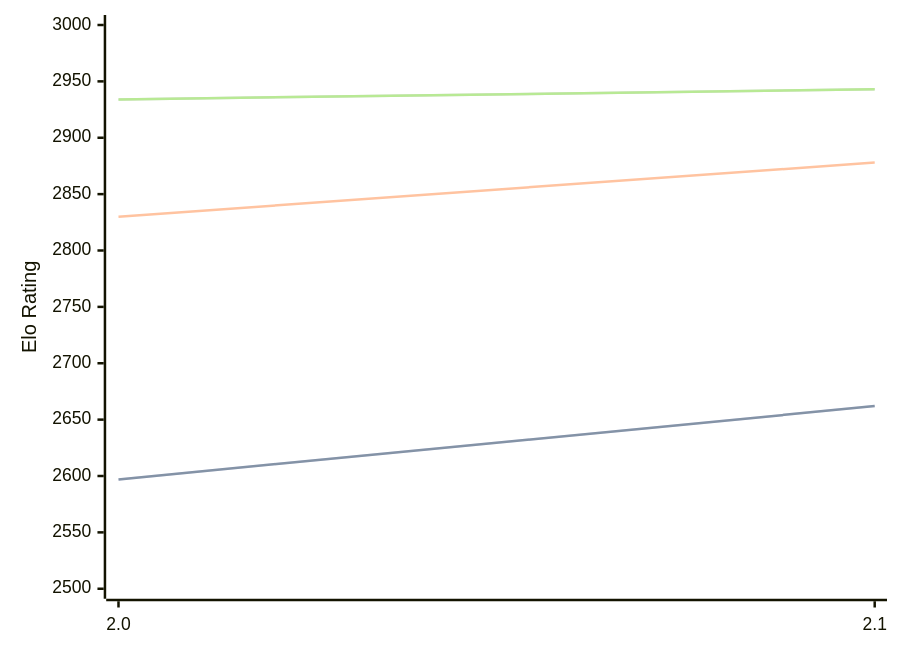
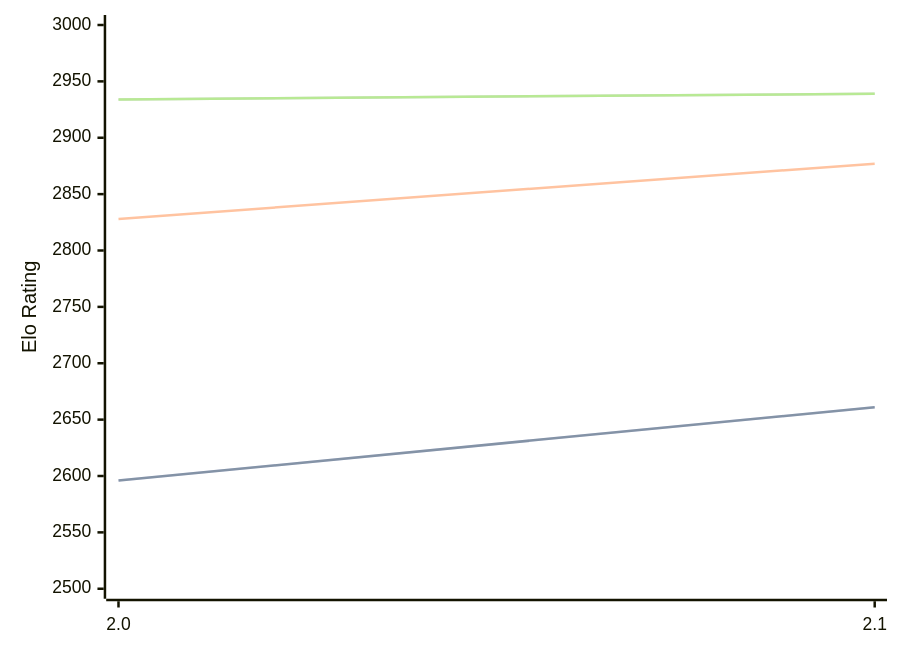
The diagram in engines/Noggin.md (computer-chess-index/cci), drawn with Mermaid before and after one commit. The commit also changed other lines of this file, not shown here.

Commit message:
Update CCI Ratings (ELO VLTC) - 2026-08-28

````diff
--- a/engines/Noggin.md
+++ b/engines/Noggin.md
@@ -33,11 +33,11 @@
 ```mermaid
 %%{init: {"theme":"base","themeVariables":{"seriesColors:['#a3a3a3','#222221','#faa371']}}}%%
 xychart-beta
   x-axis ["2.0", "2.1"]
   y-axis "Elo Rating" 2500 --> 3000
-  line "" [2597, 2662]
-  line "STC (8.0+0.08s)" [2597, 2662]
-  line "LTC (60.0+0.60s)" [2830, 2878]
-  line "" [2934, 2943]
-  line "VLTC (2m24s+1.12s)" [2934, 2943]
+  line "" [2596, 2661]
+  line "STC (8.0+0.08s)" [2596, 2661]
+  line "LTC (60.0+0.60s)" [2828, 2877]
+  line "" [2934, 2939]
+  line "VLTC (2m24s+1.12s)" [2934, 2939]
 ```
````
